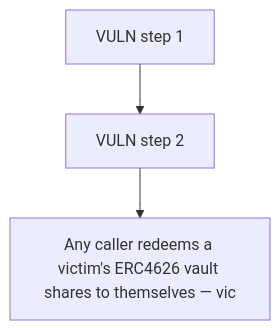
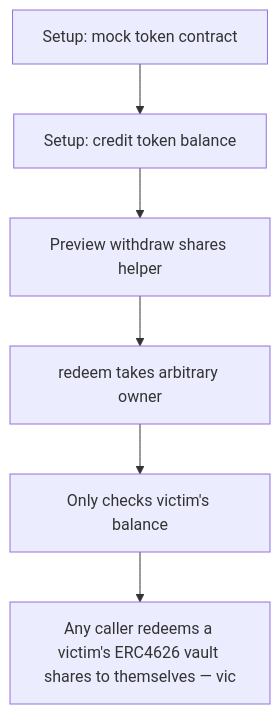
One commit to sanbir/evm-hack-registry changed the diagram in 65286-c-01-missing-authorization-in-withdraw-and-redeem-allows-the_exp/65286-c-01-missing-authorization-in-withdraw-and-redeem-allows-the_exp.md. Above: the diagram before and after it, drawn with Mermaid. The commit also changed other lines of this file and 79 other files, not shown here.

````diff
--- a/65286-c-01-missing-authorization-in-withdraw-and-redeem-allows-the_exp/65286-c-01-missing-authorization-in-withdraw-and-redeem-allows-the_exp.md
+++ b/65286-c-01-missing-authorization-in-withdraw-and-redeem-allows-the_exp/65286-c-01-missing-authorization-in-withdraw-and-redeem-allows-the_exp.md
@@ -28,8 +28,14 @@
 ```mermaid
 flowchart TD
-  S0["VULN step 1"]
-  S1["VULN step 2"]
+  S0["Setup: mock token contract"]
+  S1["Setup: credit token balance"]
+  S2["Preview withdraw shares helper"]
+  S3["redeem takes arbitrary owner"]
+  S4["Only checks victim's balance"]
   H["Any caller redeems a victim's ERC4626 vault shares to themselves — vic"]
   S0 --> S1
-  S1 --> H
+  S1 --> S2
+  S2 --> S3
+  S3 --> S4
+  S4 --> H
 ```
````
